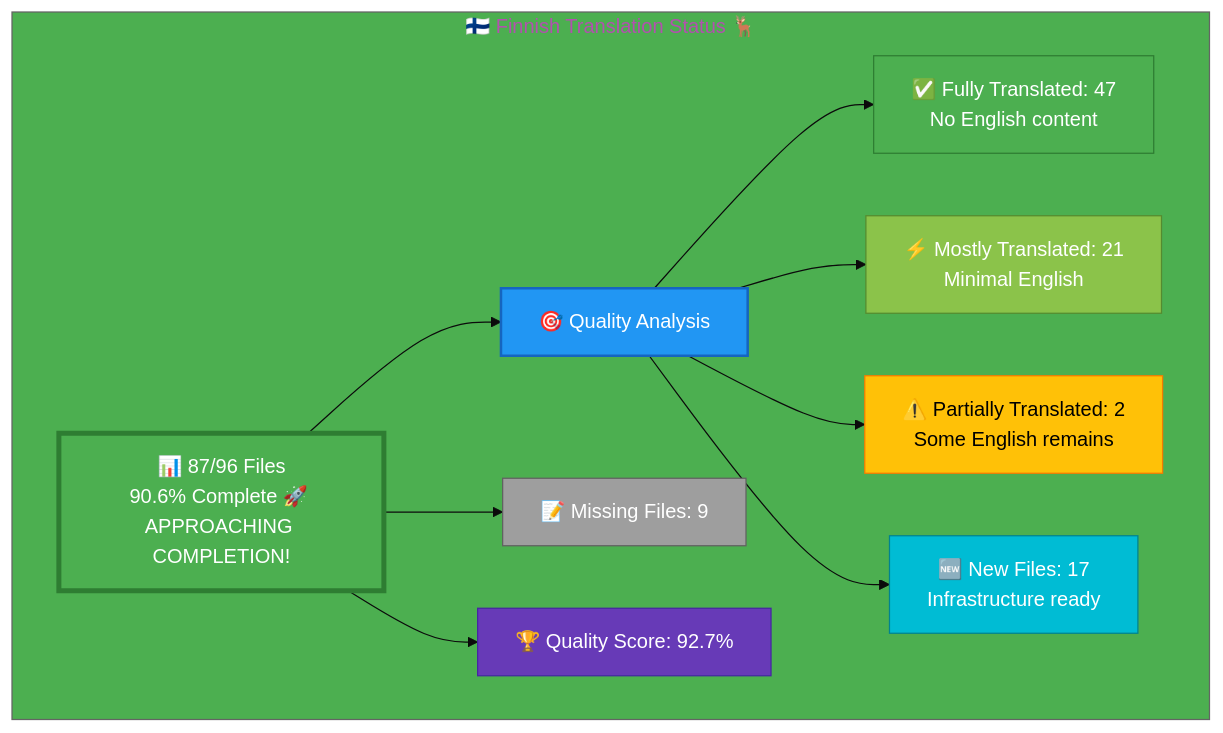
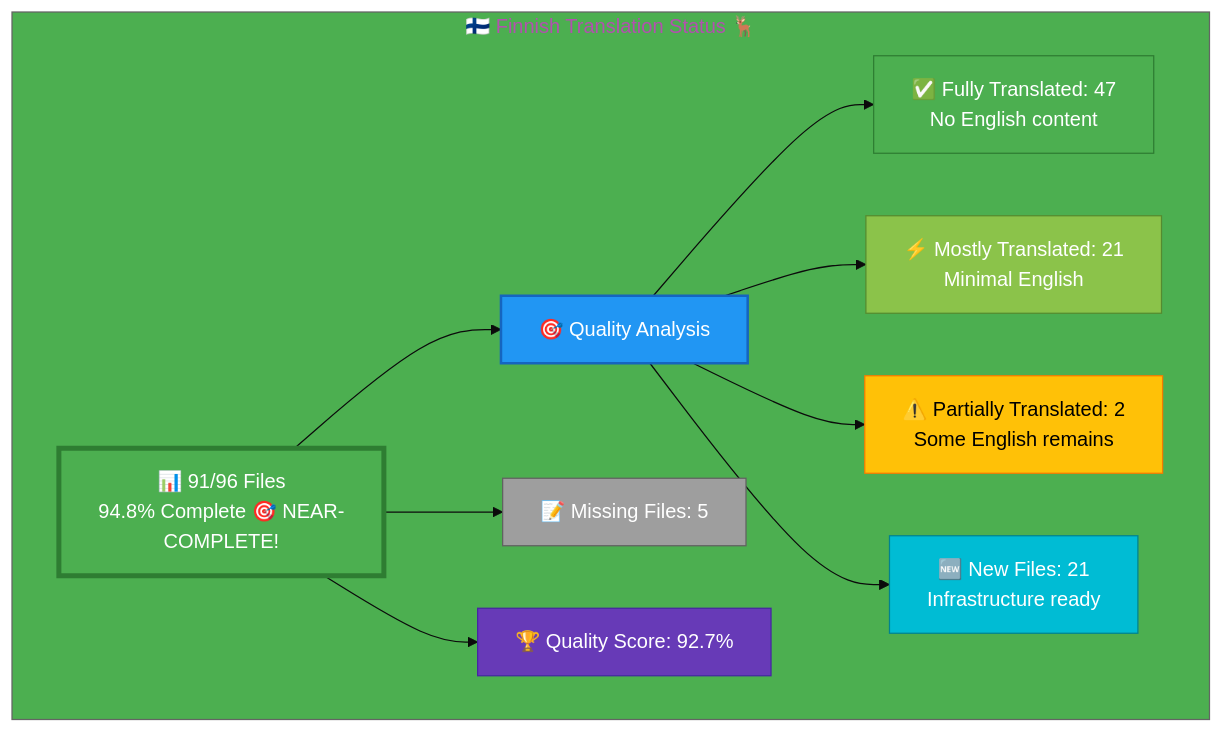
The diagram in Finnish-Translation-Status.md (Hack23/homepage), drawn with Mermaid before and after one commit. The commit also changed other lines of this file, not shown here.

Commit message:
docs(i18n): Update Finnish translation status - 94.8% near-complete with only 5 files remaining

````diff
--- a/Finnish-Translation-Status.md
+++ b/Finnish-Translation-Status.md
@@ -12,26 +12,26 @@
 ```mermaid
 %%{init: {'theme':'base', 'themeVariables': {'primaryColor':'#4CAF50','secondaryColor':'#2196F3','tertiaryColor':'#4CAF50','fontSize':'16px'}}}%%
 graph TB
     subgraph "🇫🇮 Finnish Translation Status 🦌"
-        A["📊 87/96 Files<br/>90.6% Complete 🚀 APPROACHING COMPLETION!"]
+        A["📊 91/96 Files<br/>94.8% Complete 🎯 NEAR-COMPLETE!"]
         
         A --> B["🎯 Quality Analysis"]
         B --> C["✅ Fully Translated: 47<br/>No English content"]
         B --> D["⚡ Mostly Translated: 21<br/>Minimal English"]
         B --> E["⚠️  Partially Translated: 2<br/>Some English remains"]
-        B --> F["🆕 New Files: 17<br/>Infrastructure ready"]
+        B --> F["🆕 New Files: 21<br/>Infrastructure ready"]
         
-        A --> G["📝 Missing Files: 9"]
+        A --> G["📝 Missing Files: 5"]
         
         A --> H["🏆 Quality Score: 92.7%"]
         
         style A fill:#4CAF50,stroke:#2E7D32,color:#fff,stroke-width:4px
         style B fill:#2196F3,stroke:#1565C0,color:#fff,stroke-width:2px
         style C fill:#4CAF50,stroke:#2E7D32,color:#fff
         style D fill:#8BC34A,stroke:#558B2F,color:#fff
         style E fill:#FFC107,stroke:#F57C00,color:#000
         style F fill:#00BCD4,stroke:#00838F,color:#fff
         style G fill:#9E9E9E,stroke:#616161,color:#fff
         style H fill:#673AB7,stroke:#4527A0,color:#fff
     end
 ```
````
